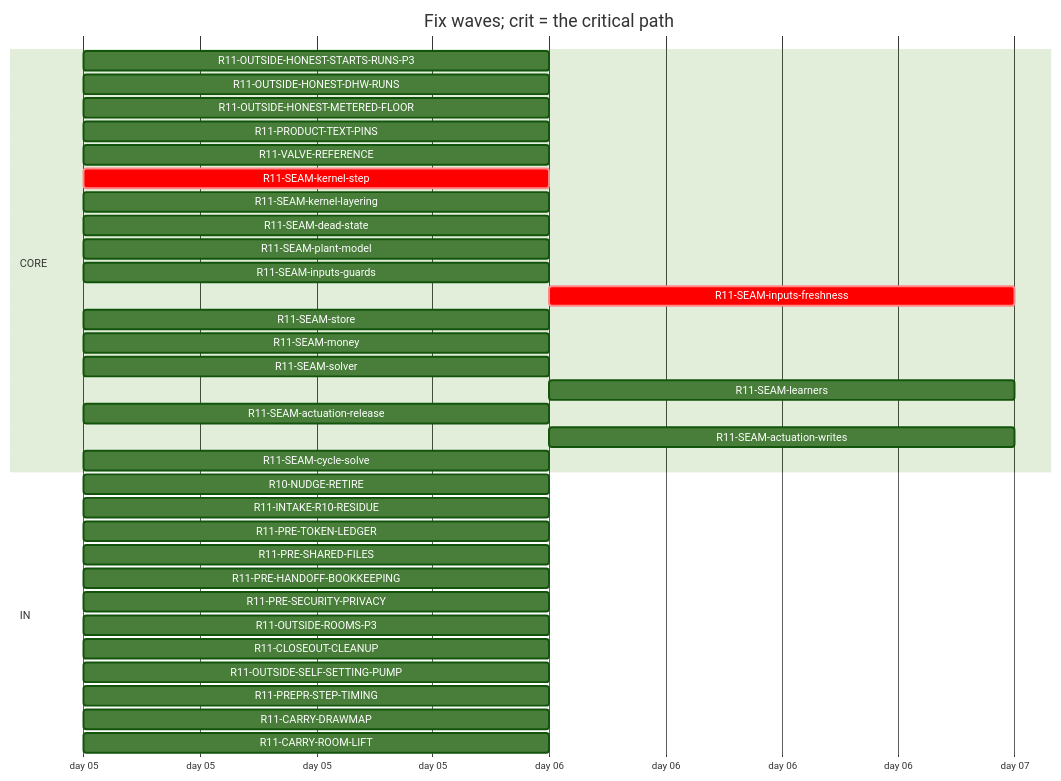
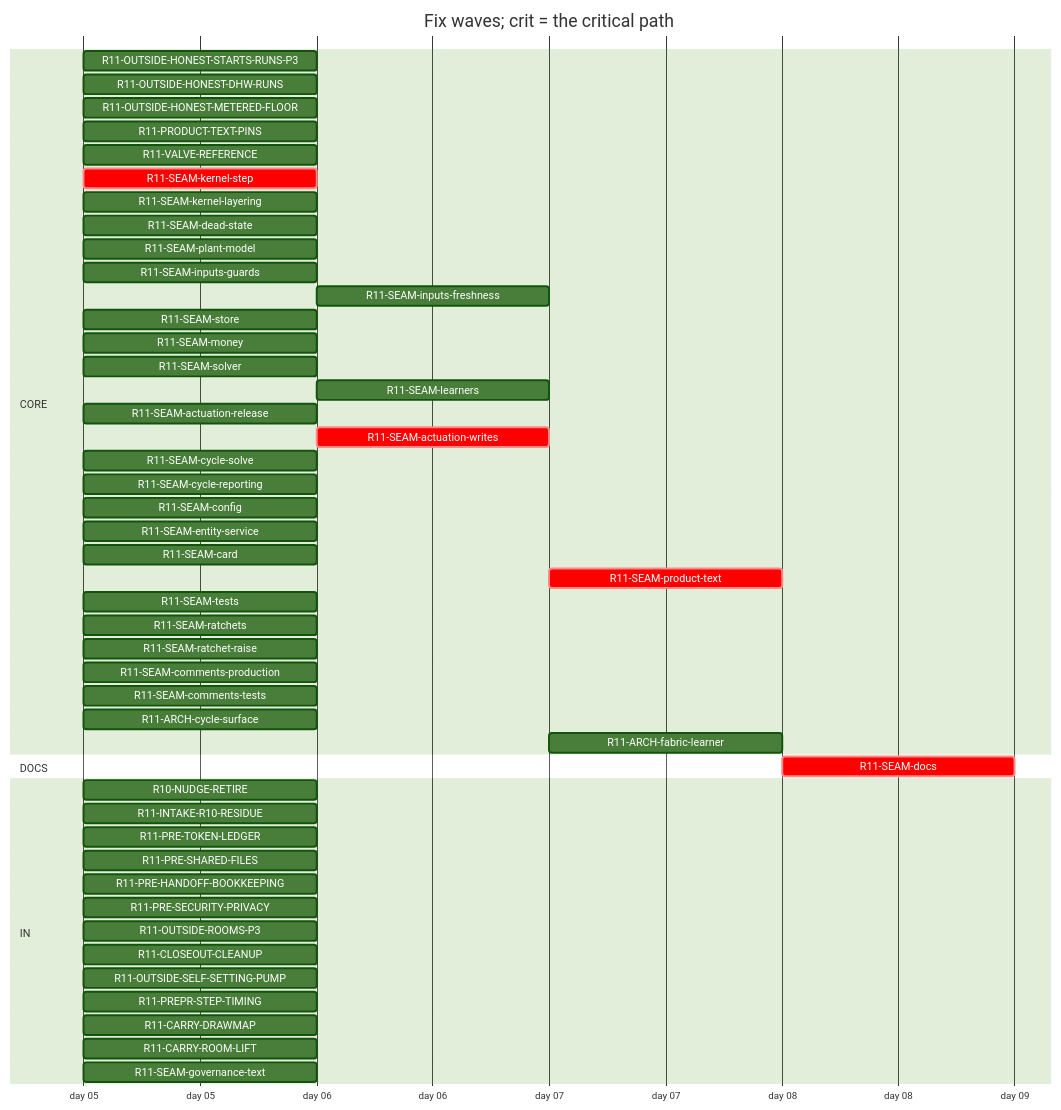
One commit to tvofi/heatpump_optimizer changed the diagram in handoff/round11/state/PLAN-TABLE.md. Above: the diagram before and after it, drawn with Mermaid (forest theme). The commit also changed other lines of this file and 4 other files, not shown here.

Commit message:
state: FLOW-BOARD.md, NEXT-SESSION-PROMPT.md, PLAN-TABLE.md, PLAN.html, RESUME-CURRENT.md regenerated (state_docs.py)

````diff
--- a/handoff/round11/state/PLAN-TABLE.md
+++ b/handoff/round11/state/PLAN-TABLE.md
@@ -15,38 +16,53 @@
 ```mermaid
 gantt
   title Fix waves; crit = the critical path
   dateFormat YYYY-MM-DD
   axisFormat day %d
   section CORE
     R11-OUTSIDE-HONEST-STARTS-RUNS-P3 :r11OUTSIDEHONESTSTARTSRUNSP3, 2026-01-05, 1d
     R11-OUTSIDE-HONEST-DHW-RUNS :r11OUTSIDEHONESTDHWRUNS, 2026-01-05, 1d
     R11-OUTSIDE-HONEST-METERED-FLOOR :r11OUTSIDEHONESTMETEREDFLOOR, 2026-01-05, 1d
     R11-PRODUCT-TEXT-PINS :r11PRODUCTTEXTPINS, 2026-01-05, 1d
     R11-VALVE-REFERENCE :r11VALVEREFERENCE, 2026-01-05, 1d
     R11-SEAM-kernel-step :crit, r11SEAMkernelstep, 2026-01-05, 1d
     R11-SEAM-kernel-layering :r11SEAMkernellayering, 2026-01-05, 1d
     R11-SEAM-dead-state :r11SEAMdeadstate, 2026-01-05, 1d
     R11-SEAM-plant-model :r11SEAMplantmodel, 2026-01-05, 1d
     R11-SEAM-inputs-guards :r11SEAMinputsguards, 2026-01-05, 1d
-    R11-SEAM-inputs-freshness :crit, r11SEAMinputsfreshness, after r11SEAMkernelstep, 1d
+    R11-SEAM-inputs-freshness :r11SEAMinputsfreshness, after r11SEAMkernelstep, 1d
     R11-SEAM-store :r11SEAMstore, 2026-01-05, 1d
     R11-SEAM-money :r11SEAMmoney, 2026-01-05, 1d
     R11-SEAM-solver :r11SEAMsolver, 2026-01-05, 1d
     R11-SEAM-learners :r11SEAMlearners, after r11SEAMplantmodel, 1d
     R11-SEAM-actuation-release :r11SEAMactuationrelease, 2026-01-05, 1d
-    R11-SEAM-actuation-writes :r11SEAMactuationwrites, after r11SEAMkernelstep r11SEAMactuationrelease, 1d
+    R11-SEAM-actuation-writes :crit, r11SEAMactuationwrites, after r11SEAMkernelstep r11SEAMactuationrelease, 1d
     R11-SEAM-cycle-solve :r11SEAMcyclesolve, 2026-01-05, 1d
+    R11-SEAM-cycle-reporting :r11SEAMcyclereporting, 2026-01-05, 1d
+    R11-SEAM-config :r11SEAMconfig, 2026-01-05, 1d
+    R11-SEAM-entity-service :r11SEAMentityservice, 2026-01-05, 1d
+    R11-SEAM-card :r11SEAMcard, 2026-01-05, 1d
+    R11-SEAM-product-text :crit, r11SEAMproducttext, after r11SEAMplantmodel r11SEAMmoney r11SEAMactuationrelease r11SEAMactuationwrites r11SEAMconfig r11SEAMentityservice r11SEAMinputsguards r11SEAMinputsfreshness r11SEAMcyclesolve r11SEAMcyclereporting, 1d
+    R11-SEAM-tests :r11SEAMtests, 2026-01-05, 1d
+    R11-SEAM-ratchets :r11SEAMratchets, 2026-01-05, 1d
+    R11-SEAM-ratchet-raise :r11SEAMratchetraise, 2026-01-05, 1d
+    R11-SEAM-comments-production :r11SEAMcommentsproduction, 2026-01-05, 1d
+    R11-SEAM-comments-tests :r11SEAMcommentstests, 2026-01-05, 1d
+    R11-ARCH-cycle-surface :r11ARCHcyclesurface, 2026-01-05, 1d
+    R11-ARCH-fabric-learner :r11ARCHfabriclearner, after r11SEAMlearners, 1d
+  section DOCS
+    R11-SEAM-docs :crit, r11SEAMdocs, after r11SEAMplantmodel r11SEAMmoney r11SEAMlearners r11SEAMactuationrelease r11SEAMactuationwrites r11SEAMconfig r11SEAMentityservice r11SEAMinputsguards r11SEAMinputsfreshness r11SEAMcyclesolve r11SEAMcyclereporting r11SEAMcard r11SEAMproducttext, 1d
   section IN
     R10-NUDGE-RETIRE :r10NUDGERETIRE, 2026-01-05, 1d
     R11-INTAKE-R10-RESIDUE :r11INTAKER10RESIDUE, 2026-01-05, 1d
     R11-PRE-TOKEN-LEDGER :r11PRETOKENLEDGER, 2026-01-05, 1d
     R11-PRE-SHARED-FILES :r11PRESHAREDFILES, 2026-01-05, 1d
     R11-PRE-HANDOFF-BOOKKEEPING :r11PREHANDOFFBOOKKEEPING, 2026-01-05, 1d
     R11-PRE-SECURITY-PRIVACY :r11PRESECURITYPRIVACY, 2026-01-05, 1d
     R11-OUTSIDE-ROOMS-P3 :r11OUTSIDEROOMSP3, 2026-01-05, 1d
     R11-CLOSEOUT-CLEANUP :r11CLOSEOUTCLEANUP, 2026-01-05, 1d
     R11-OUTSIDE-SELF-SETTING-PUMP :r11OUTSIDESELFSETTINGPUMP, 2026-01-05, 1d
     R11-PREPR-STEP-TIMING :r11PREPRSTEPTIMING, 2026-01-05, 1d
     R11-CARRY-DRAWMAP :r11CARRYDRAWMAP, 2026-01-05, 1d
     R11-CARRY-ROOM-LIFT :r11CARRYROOMLIFT, 2026-01-05, 1d
+    R11-SEAM-governance-text :r11SEAMgovernancetext, 2026-01-05, 1d
 ```
````
